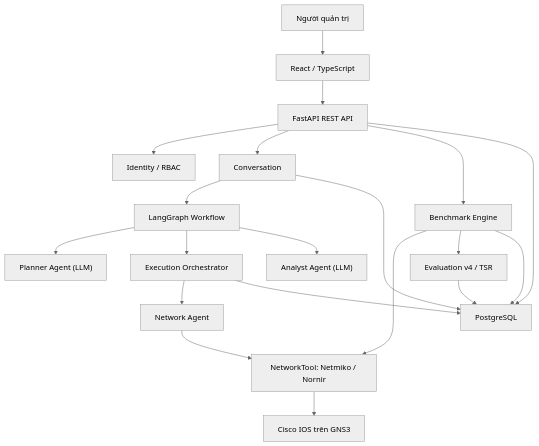
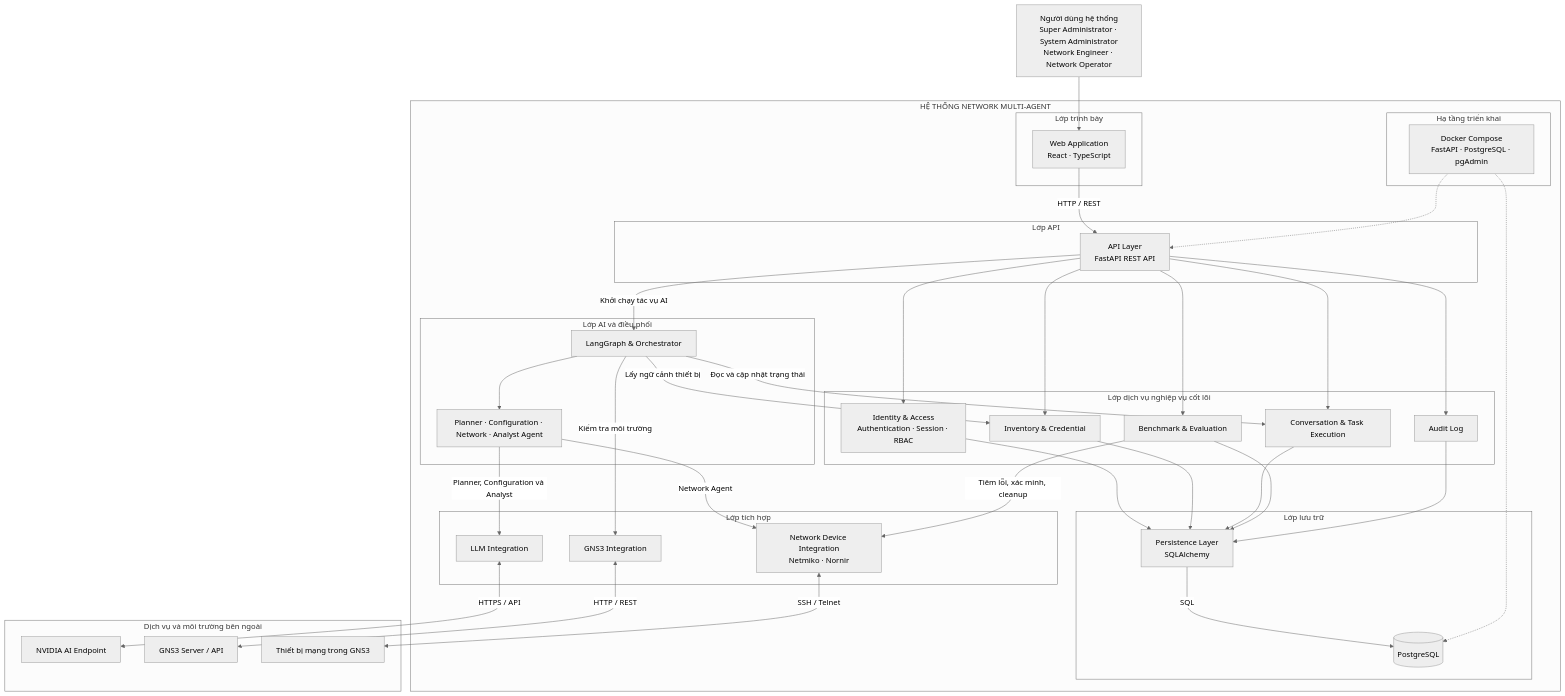
One commit to mujin0422/network-multi-agent-system-backend changed the second of 6 diagrams in docs/reports/report-end-of-term.md. Above: the diagram before and after it, drawn with Mermaid (neutral theme). The commit also changed other lines of this file and 1 other file, not shown here.

Commit message:
docs(report): align system and multi-agent architecture

````diff
--- a/docs/reports/report-end-of-term.md
+++ b/docs/reports/report-end-of-term.md
@@ -210,22 +633,79 @@
 ```mermaid
-flowchart TD
-    U["Người quản trị"] --> FE["React / TypeScript"]
-    FE --> API["FastAPI REST API"]
-    API --> ID["Identity / RBAC"]
-    API --> CON["Conversation"]
-    API --> BM["Benchmark Engine"]
-    CON --> W["LangGraph Workflow"]
-    W --> PA["Planner Agent (LLM)"]
-    W --> EO["Execution Orchestrator"]
-    W --> AA["Analyst Agent (LLM)"]
-    EO --> NA["Network Agent"]
-    NA --> TOOL["NetworkTool: Netmiko / Nornir"]
-    TOOL --> DEV["Cisco IOS trên GNS3"]
-    BM --> TOOL
-    BM --> EV["Evaluation v4 / TSR"]
-    API --> DB["PostgreSQL"]
-    CON --> DB
-    EO --> DB
-    BM --> DB
-    EV --> DB
+flowchart TB
+    ACTOR["Người dùng hệ thống<br/>Super Administrator · System Administrator<br/>Network Engineer · Network Operator"]
+
+    subgraph SYSTEM["HỆ THỐNG NETWORK MULTI-AGENT"]
+        subgraph PRESENTATION["Lớp trình bày"]
+            FE["Web Application<br/>React · TypeScript"]
+        end
+
+        subgraph API_LAYER["Lớp API"]
+            API["API Layer<br/>FastAPI REST API"]
+        end
+
+        subgraph CORE["Lớp dịch vụ nghiệp vụ cốt lõi"]
+            IDENTITY["Identity & Access<br/>Authentication · Session · RBAC"]
+            INVENTORY["Inventory & Credential"]
+            OPERATIONS["Conversation & Task Execution"]
+            BENCHMARK["Benchmark & Evaluation"]
+            AUDIT["Audit Log"]
+        end
+
+        subgraph AI["Lớp AI và điều phối"]
+            ORCHESTRATION["LangGraph & Orchestrator"]
+            AGENTS["Planner · Configuration · Network · Analyst Agent"]
+        end
+
+        subgraph INTEGRATION["Lớp tích hợp"]
+            LLMINT["LLM Integration"]
+            GNS3INT["GNS3 Integration"]
+            NETINT["Network Device Integration<br/>Netmiko · Nornir"]
+        end
+
+        subgraph DATA["Lớp lưu trữ"]
+            PERSISTENCE["Persistence Layer<br/>SQLAlchemy"]
+            DB[("PostgreSQL")]
+        end
+
+        subgraph INFRASTRUCTURE["Hạ tầng triển khai"]
+            DEPLOY["Docker Compose<br/>FastAPI · PostgreSQL · pgAdmin"]
+        end
+
+        FE -->|HTTP / REST| API
+        API --> IDENTITY
+        API --> INVENTORY
+        API --> OPERATIONS
+        API --> BENCHMARK
+        API --> AUDIT
+        API -->|Khởi chạy tác vụ AI| ORCHESTRATION
+
+        ORCHESTRATION --> AGENTS
+        ORCHESTRATION -->|Đọc và cập nhật trạng thái| OPERATIONS
+        ORCHESTRATION -->|Lấy ngữ cảnh thiết bị| INVENTORY
+        AGENTS -->|Planner, Configuration và Analyst| LLMINT
+        ORCHESTRATION -->|Kiểm tra môi trường| GNS3INT
+        AGENTS -->|Network Agent| NETINT
+        BENCHMARK -->|Tiêm lỗi, xác minh, cleanup| NETINT
+
+        IDENTITY --> PERSISTENCE
+        INVENTORY --> PERSISTENCE
+        OPERATIONS --> PERSISTENCE
+        BENCHMARK --> PERSISTENCE
+        AUDIT --> PERSISTENCE
+        PERSISTENCE -->|SQL| DB
+
+        DEPLOY -.-> API
+        DEPLOY -.-> DB
+    end
+
+    subgraph EXTERNAL["Dịch vụ và môi trường bên ngoài"]
+        LLM["NVIDIA AI Endpoint"]
+        GNS3["GNS3 Server / API"]
+        DEV["Thiết bị mạng trong GNS3"]
+    end
+
+    ACTOR --> FE
+    LLMINT <-->|HTTPS / API| LLM
+    GNS3INT <-->|HTTP / REST| GNS3
+    NETINT <-->|SSH / Telnet| DEV
 ```
````
